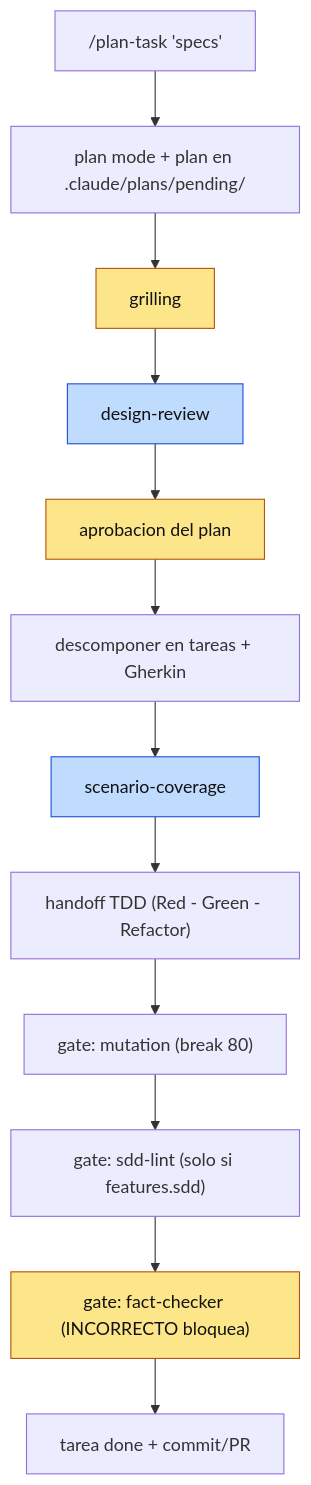
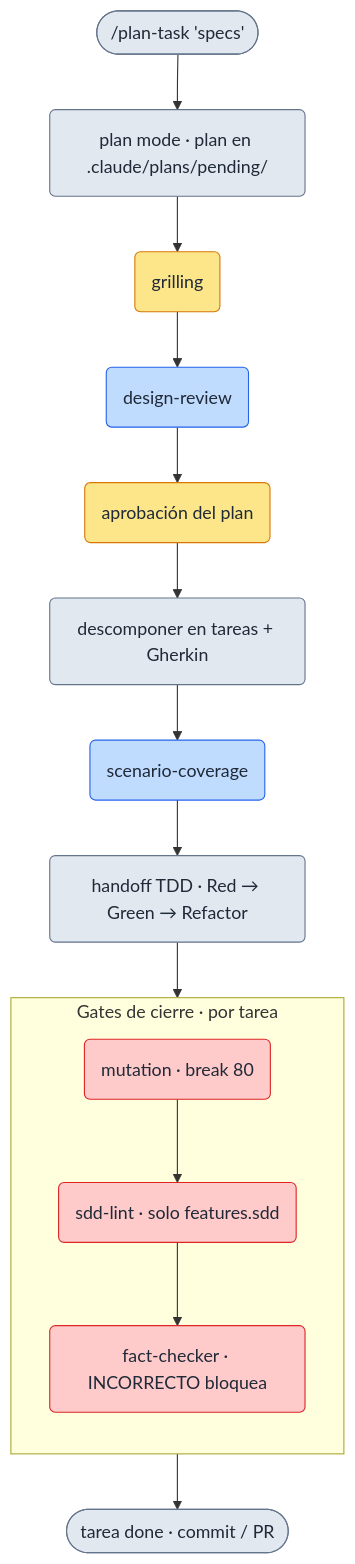
Before and after one commit to drossan/claude-plugins: the first of 2 diagrams in website/guia/pipeline.md, drawn with Mermaid. The commit also changed other lines of this file and 3 other files, not shown here.

````diff
--- a/website/guia/pipeline.md
+++ b/website/guia/pipeline.md
@@ -6,19 +8,21 @@
 ```mermaid
 flowchart TD
-    A["/plan-task 'specs'"] --> B["plan mode + plan en .claude/plans/pending/"]
-    B --> G["grilling"]
-    G --> DR["design-review"]
-    DR --> AP["aprobacion del plan"]
-    AP --> T["descomponer en tareas + Gherkin"]
-    T --> SC["scenario-coverage"]
-    SC --> HO["handoff TDD (Red - Green - Refactor)"]
-    HO --> M["gate: mutation (break 80)"]
-    M --> SL["gate: sdd-lint (solo si features.sdd)"]
-    SL --> FC["gate: fact-checker (INCORRECTO bloquea)"]
-    FC --> D["tarea done + commit/PR"]
+    A(["/plan-task 'specs'"]):::normal --> B("plan mode · plan en .claude/plans/pending/"):::normal
+    B --> G("grilling"):::human
+    G --> DR("design-review"):::agent
+    DR --> AP("aprobación del plan"):::human
+    AP --> T("descomponer en tareas + Gherkin"):::normal
+    T --> SC("scenario-coverage"):::agent
+    SC --> HO("handoff TDD · Red → Green → Refactor"):::normal
+    HO --> M
+    subgraph cierre ["Gates de cierre · por tarea"]
+      direction TB
+      M("mutation · break 80"):::gate --> SL("sdd-lint · solo features.sdd"):::gate --> FC("fact-checker · INCORRECTO bloquea"):::gate
+    end
+    FC --> D(["tarea done · commit / PR"]):::normal
 
-    classDef human fill:#fde68a,stroke:#b45309,color:#111
-    classDef agent fill:#bfdbfe,stroke:#1d4ed8,color:#111
-    class G,AP,FC human
-    class DR,SC agent
+    classDef human  fill:#fde68a,stroke:#d97706,color:#1f2937
+    classDef agent  fill:#bfdbfe,stroke:#2563eb,color:#1f2937
+    classDef gate   fill:#fecaca,stroke:#dc2626,color:#1f2937
+    classDef normal fill:#e2e8f0,stroke:#64748b,color:#1f2937
 ```
````
